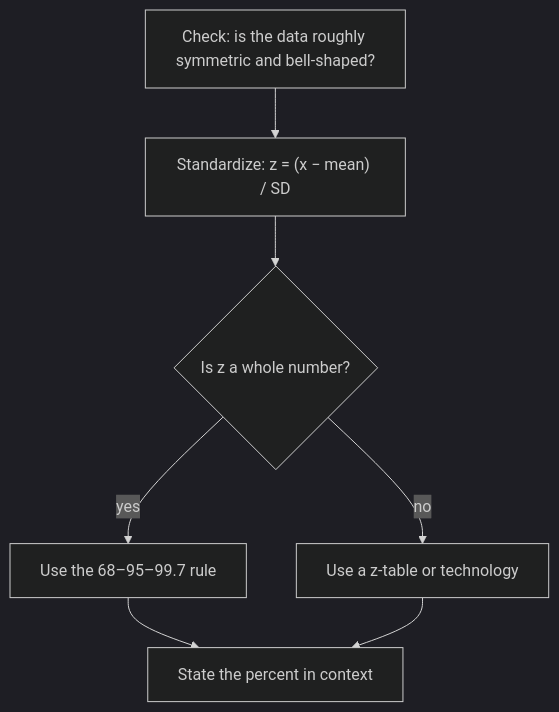
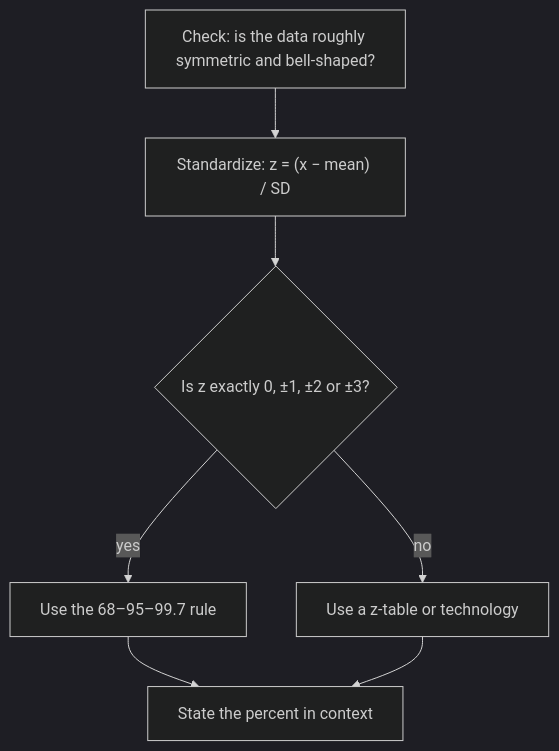
The diagram in content/math/algebra1/lessons/36h1-normal-distributions.md (Aziliz/erudior), drawn with Mermaid (dark theme) before and after one commit. The commit also changed 33 other files, not shown here.

````diff
--- a/content/math/algebra1/lessons/36h1-normal-distributions.md
+++ b/content/math/algebra1/lessons/36h1-normal-distributions.md
@@ -109,11 +109,11 @@
 ```mermaid
 flowchart TD
   accTitle: Using a normal model
-  accDescr: First check that a graph of the data is roughly symmetric and bell-shaped. Then standardize the value with z equals x minus the mean, divided by the standard deviation. Then find the area: use the 68-95-99.7 rule when z is a whole number, otherwise a table or technology. Finally state the answer as a percent in context.
+  accDescr: First check that a graph of the data is roughly symmetric and bell-shaped. Then standardize the value with z equals x minus the mean, divided by the standard deviation. Then find the area: use the 68-95-99.7 rule (with symmetry) when z is exactly 0, plus or minus 1, plus or minus 2 or plus or minus 3, otherwise a table or technology. Finally state the answer as a percent in context.
   A["Check: is the data roughly symmetric and bell-shaped?"] --> B["Standardize: z = (x − mean) / SD"]
-  B --> C{"Is z a whole number?"}
+  B --> C{"Is z exactly 0, ±1, ±2 or ±3?"}
   C -- yes --> D["Use the 68–95–99.7 rule"]
   C -- no --> E[Use a z-table or technology]
   D --> F[State the percent in context]
   E --> F
 ```
````
